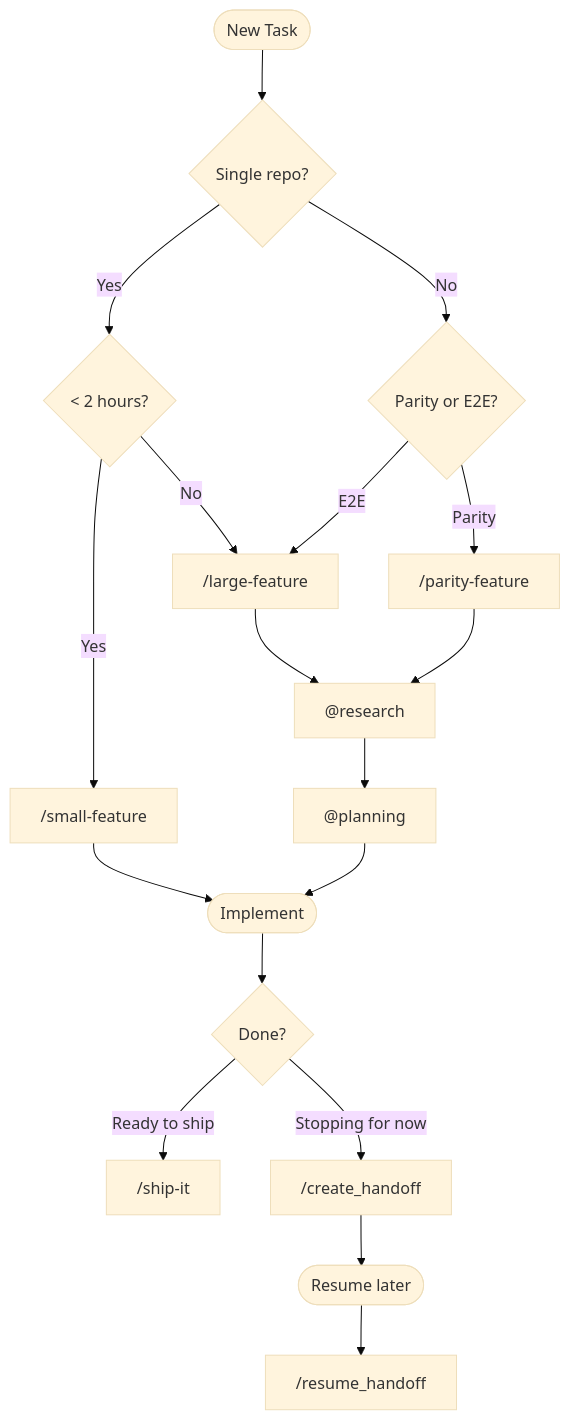
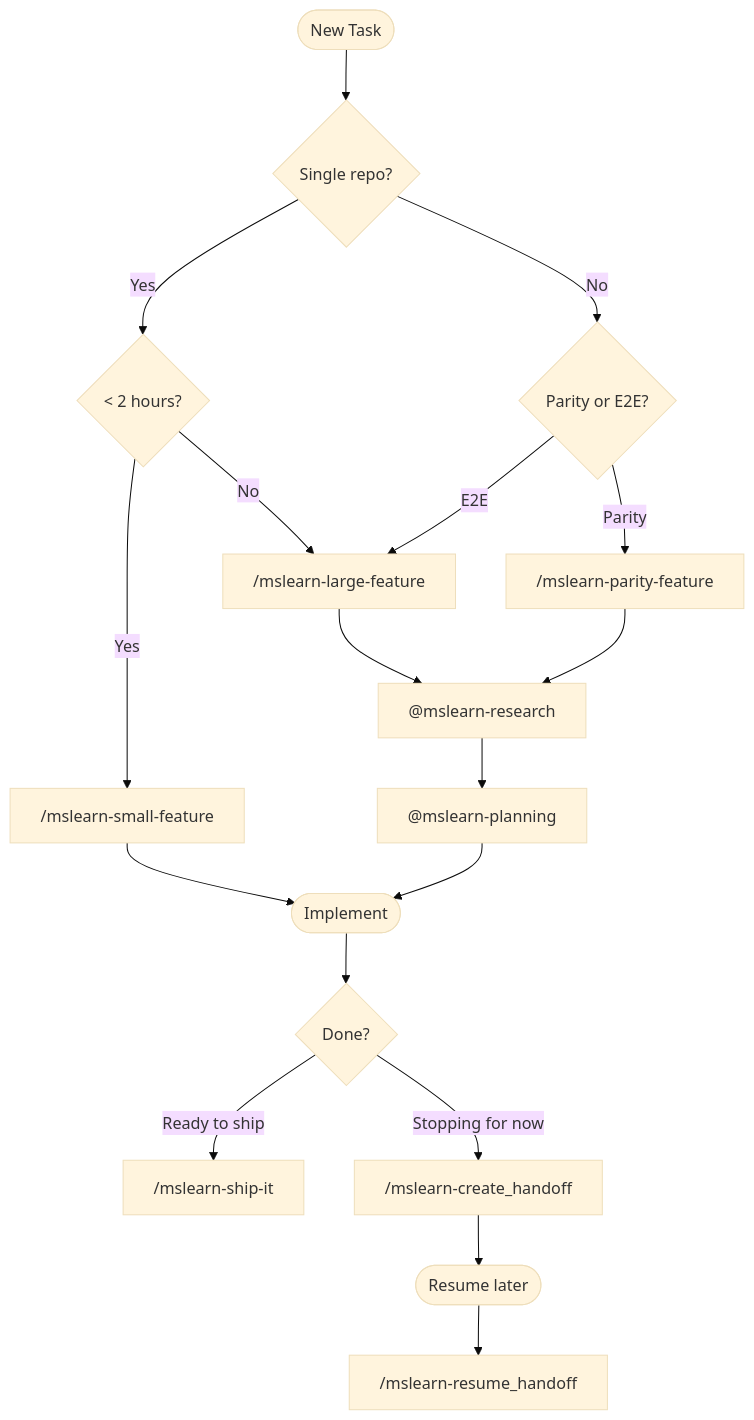
One commit to jwmunn/copilot-config changed the third of 4 diagrams in README.md. Above: the diagram before and after it, drawn with Mermaid (base theme). The commit also changed other lines of this file and 30 other files, not shown here.

````diff
--- a/README.md
+++ b/README.md
@@ -101,23 +150,23 @@
 ```mermaid
 flowchart TD
     START([New Task]) --> Q1{Single repo?}
     Q1 --> |Yes| Q2{< 2 hours?}
     Q1 --> |No| Q3{Parity or E2E?}
     
-    Q2 --> |Yes| SF["/small-feature"]
-    Q2 --> |No| LF["/large-feature"]
+    Q2 --> |Yes| SF["/mslearn-small-feature"]
+    Q2 --> |No| LF["/mslearn-large-feature"]
     
-    Q3 --> |Parity| PF["/parity-feature"]
+    Q3 --> |Parity| PF["/mslearn-parity-feature"]
     Q3 --> |E2E| LF
     
     SF --> IMPL([Implement])
-    LF --> RES["@research"] --> PLAN["@planning"] --> IMPL
+    LF --> RES["@mslearn-research"] --> PLAN["@mslearn-planning"] --> IMPL
     PF --> RES
     
     IMPL --> DONE{Done?}
-    DONE --> |"Ready to ship"| SHIP["/ship-it"]
-    DONE --> |"Stopping for now"| HO["/create_handoff"]
+    DONE --> |"Ready to ship"| SHIP["/mslearn-ship-it"]
+    DONE --> |"Stopping for now"| HO["/mslearn-create_handoff"]
     
     HO --> LATER([Resume later])
-    LATER --> RESUME["/resume_handoff"]
+    LATER --> RESUME["/mslearn-resume_handoff"]
 ```
````
